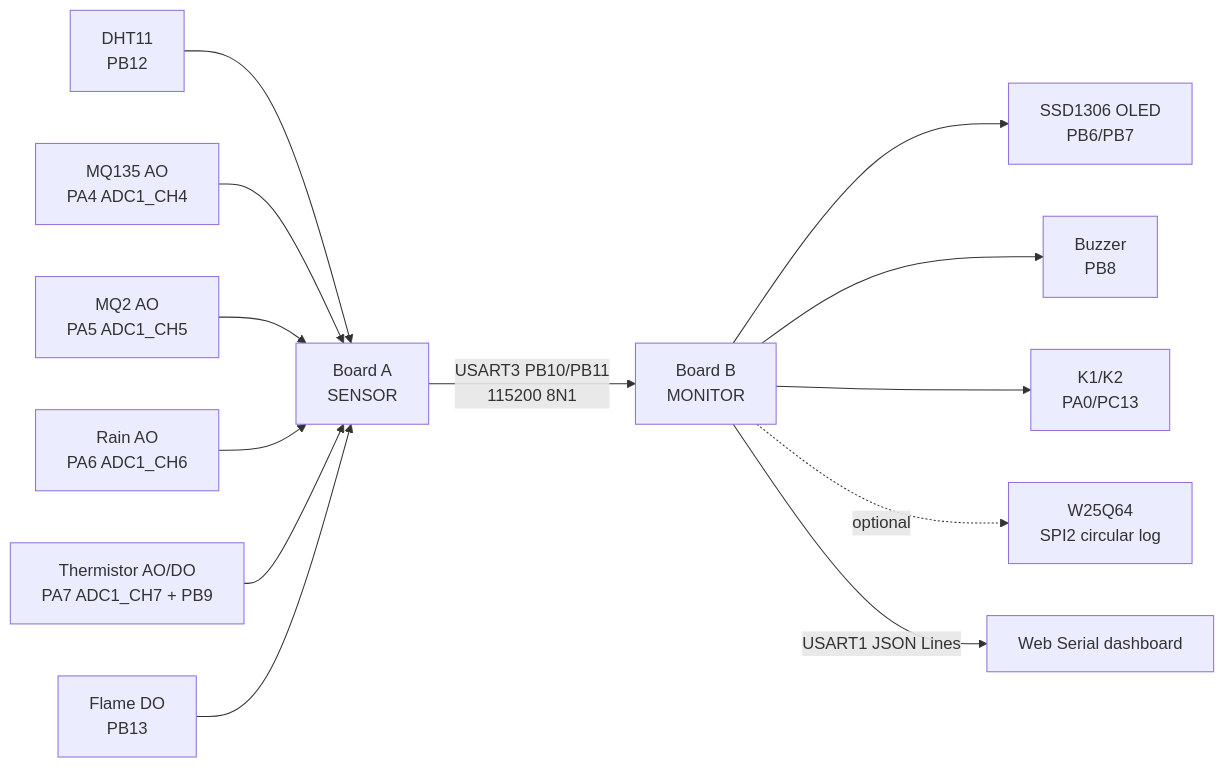
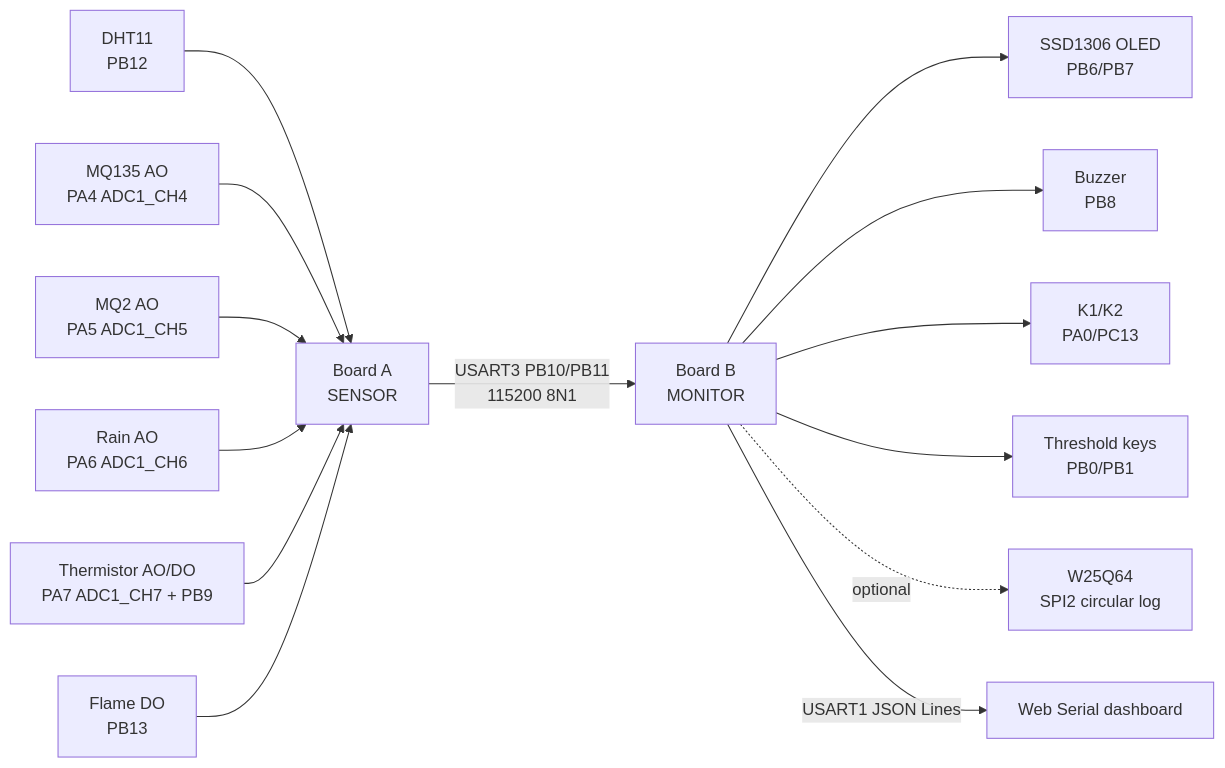
One commit to Cusnd/dual-stm32-safety-monitor changed the diagram in README.md. Above: the diagram before and after it, drawn with Mermaid. The commit also changed other lines of this file and 118 other files, not shown here.

````diff
--- a/README.md
+++ b/README.md
@@ -22,15 +22,16 @@
 ```mermaid
 flowchart LR
   DHT11[DHT11<br/>PB12] --> A[Board A<br/>SENSOR]
   MQ135[MQ135 AO<br/>PA4 ADC1_CH4] --> A
   MQ2[MQ2 AO<br/>PA5 ADC1_CH5] --> A
   Rain[Rain AO<br/>PA6 ADC1_CH6] --> A
   Therm[Thermistor AO/DO<br/>PA7 ADC1_CH7 + PB9] --> A
   Flame[Flame DO<br/>PB13] --> A
   A -- USART3 PB10/PB11<br/>115200 8N1 --> B[Board B<br/>MONITOR]
   B --> OLED[SSD1306 OLED<br/>PB6/PB7]
   B --> Buzz[Buzzer<br/>PB8]
   B --> Keys[K1/K2<br/>PA0/PC13]
+  B --> ThresholdKeys[Threshold keys<br/>PB0/PB1]
   B -. optional .-> Flash[W25Q64<br/>SPI2 circular log]
   B -- USART1 JSON Lines --> Web[Web Serial dashboard]
 ```
````
